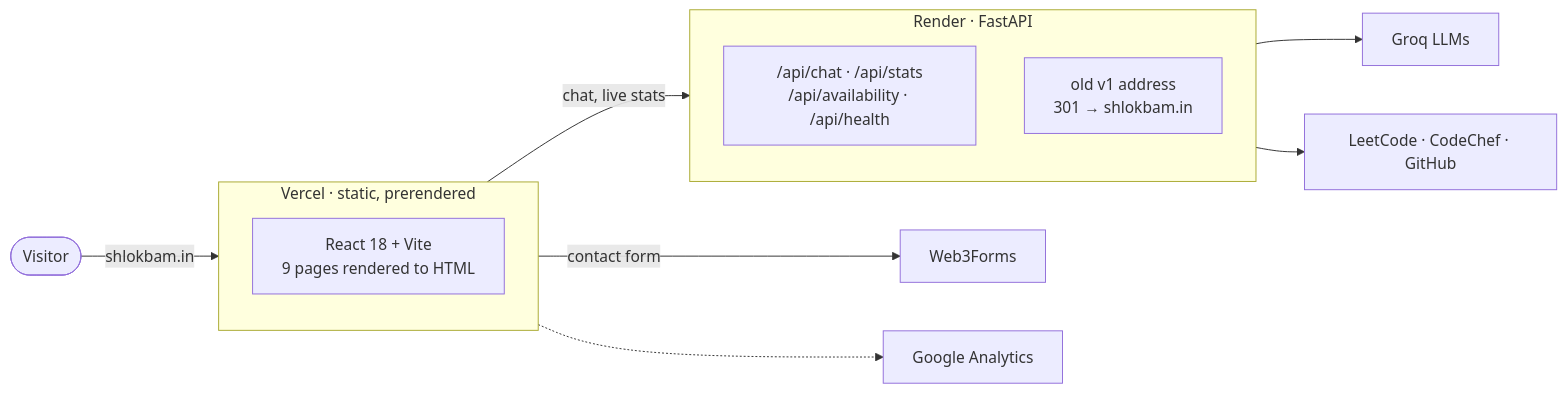
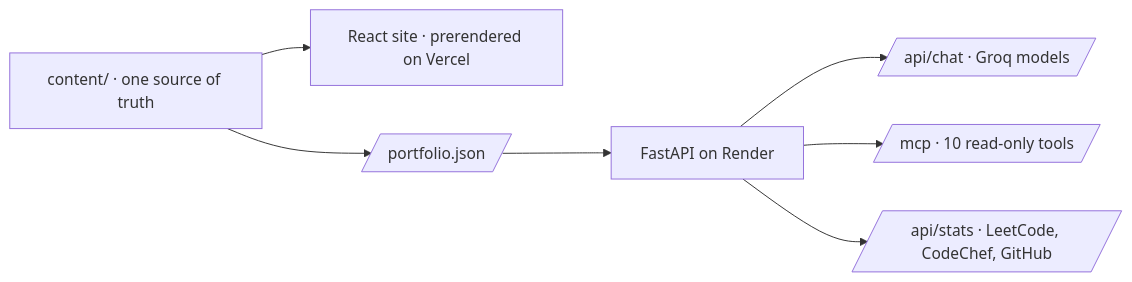
The diagram in README.md (shlokbam/Portfolio), drawn with Mermaid before and after one commit. The commit also changed other lines of this file and 3 other files, not shown here.

````diff
--- a/README.md
+++ b/README.md
@@ -121,21 +41,9 @@
 ```mermaid
 flowchart LR
-  V([Visitor]) -->|shlokbam.in| VC
-
-  subgraph VC [Vercel · static, prerendered]
-    direction TB
-    R[React 18 + Vite<br/>9 pages rendered to HTML]
-  end
-
-  subgraph RD [Render · FastAPI]
-    direction TB
-    API["/api/chat · /api/stats<br/>/api/availability · /api/health"]
-    OLD["old v1 address<br/>301 → shlokbam.in"]
-  end
-
-  R -->|chat, live stats| API
-  R -->|contact form| W3[Web3Forms]
-  API --> GQ[Groq LLMs]
-  API --> CP[LeetCode · CodeChef · GitHub]
-  R -.-> GA[Google Analytics]
+    C[content/ · one source of truth] --> S[React site · prerendered on Vercel]
+    C --> J[/portfolio.json/]
+    J --> API[FastAPI on Render]
+    API --> CH[/api/chat · Groq models/]
+    API --> MCP[/mcp · 10 read-only tools/]
+    API --> ST[/api/stats · LeetCode, CodeChef, GitHub/]
 ```
````
